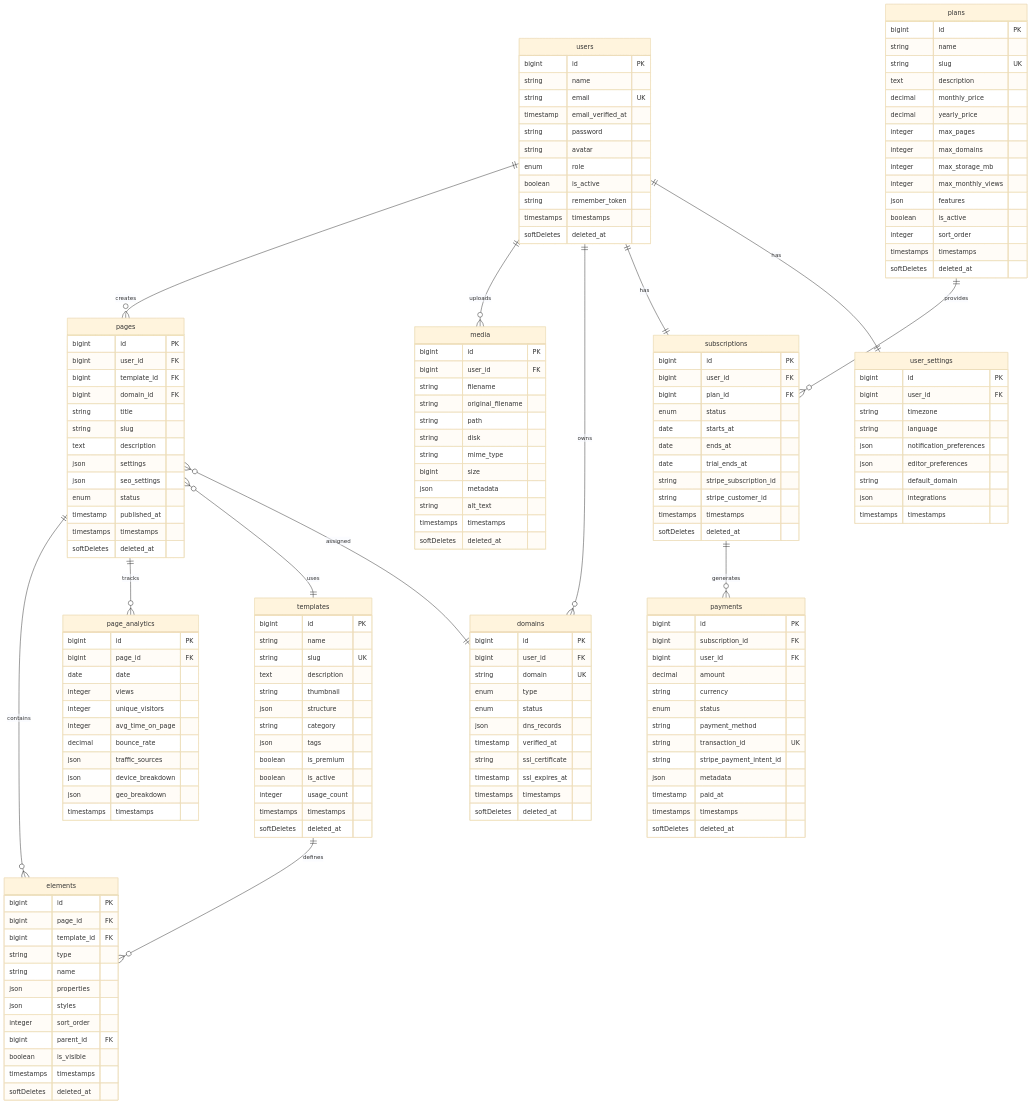
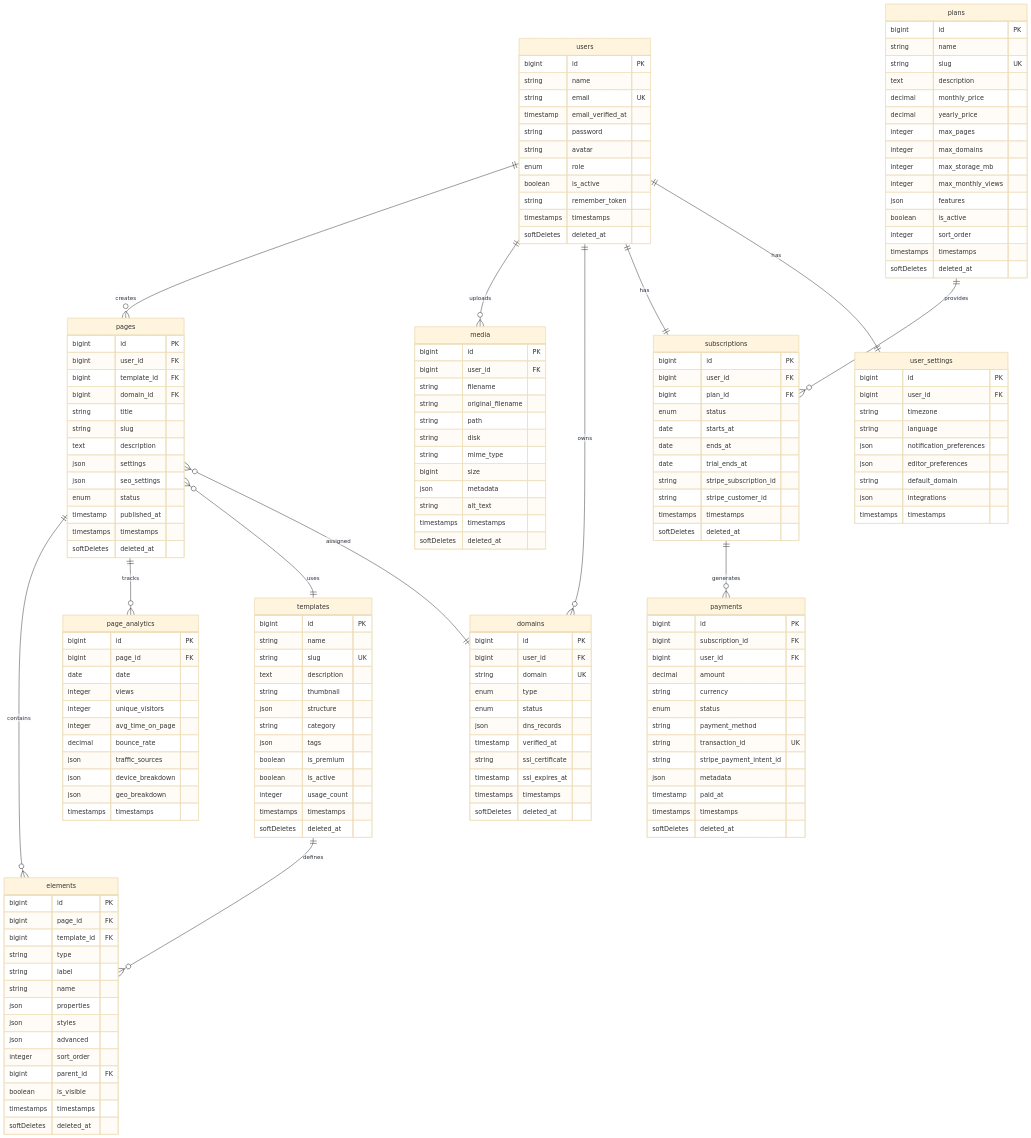
Before and after one commit to Abrar1968/landing-page-builder-saas: the diagram in docs/backend/02-DATABASE-SCHEMA.md, drawn with Mermaid (base theme). The commit also changed other lines of this file, not shown here.

First line of the commit message:
docs: Update database schema for Elementor widget system

```diff
--- a/docs/backend/02-DATABASE-SCHEMA.md
+++ b/docs/backend/02-DATABASE-SCHEMA.md
@@ -125,9 +125,11 @@
         bigint page_id FK
         bigint template_id FK
         string type
+        string label
         string name
         json properties
         json styles
+        json advanced
         integer sort_order
         bigint parent_id FK
         boolean is_visible
```
